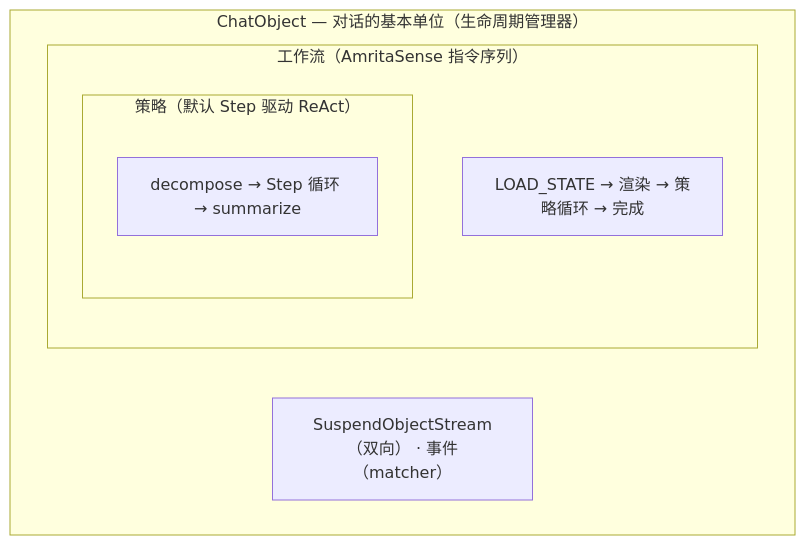
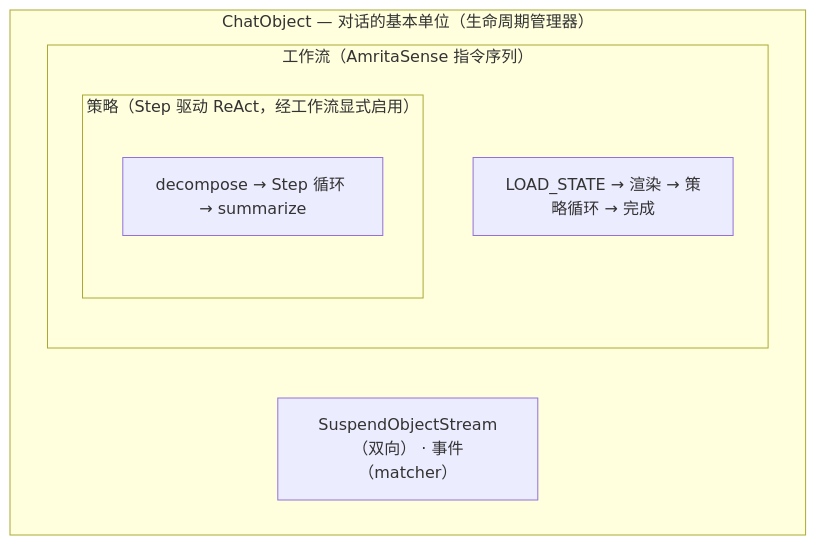
One commit to AmritaBot/AmritaCore changed the diagram in docs/docs/zh/guide/concepts/index.md. Above: the diagram before and after it, drawn with Mermaid. The commit also changed other lines of this file and 71 other files, not shown here.

````diff
--- a/docs/docs/zh/guide/concepts/index.md
+++ b/docs/docs/zh/guide/concepts/index.md
@@ -8,12 +8,12 @@
 ```mermaid
 flowchart TB
     subgraph c1["ChatObject — 对话的基本单位（生命周期管理器）"]
         subgraph c2["工作流（AmritaSense 指令序列）"]
-            subgraph c3["策略（默认 Step 驱动 ReAct）"]
+            subgraph c3["策略（Step 驱动 ReAct，经工作流显式启用）"]
                 s1["decompose → Step 循环 → summarize"]
             end
             w1["LOAD_STATE → 渲染 → 策略循环 → 完成"]
         end
         o1["SuspendObjectStream（双向） · 事件（matcher）"]
     end
 ```
````
